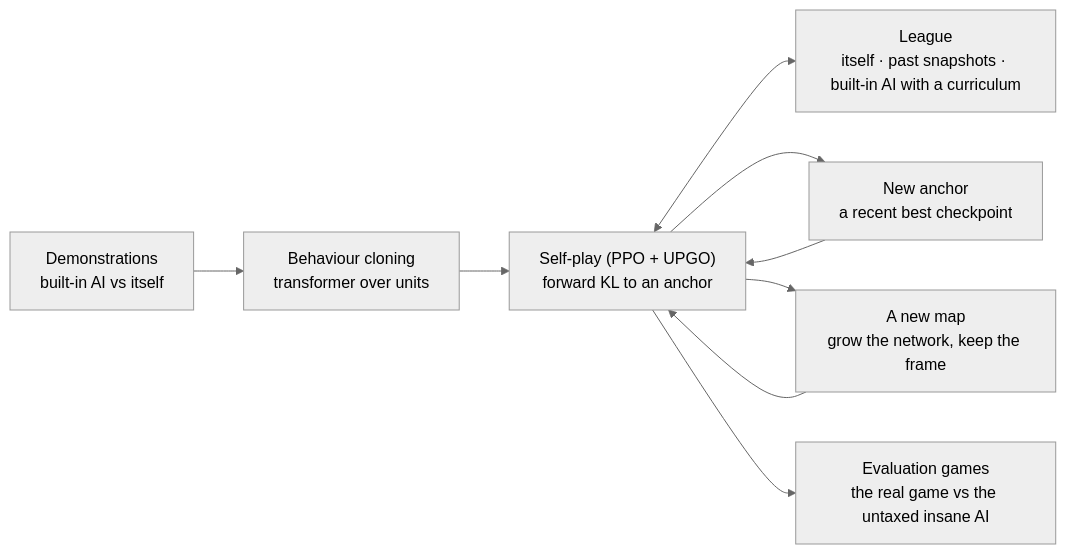
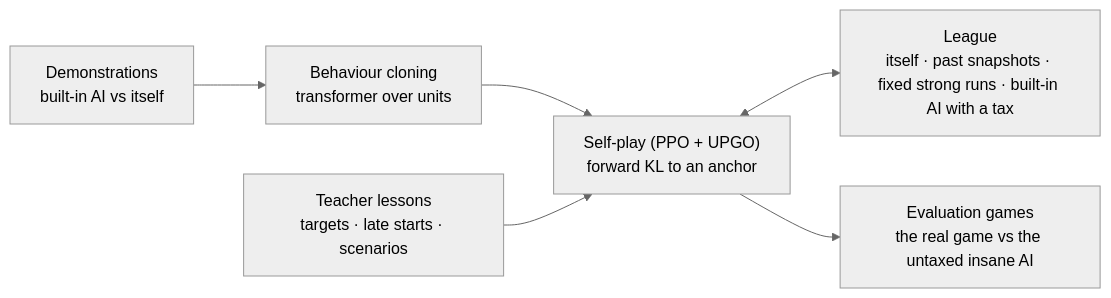
The diagram in docs/overview.md (RobinKa/warcraftsim), drawn with Mermaid (neutral theme) before and after one commit. The commit also changed other lines of this file and 7 other files, not shown here.

````diff
--- a/docs/overview.md
+++ b/docs/overview.md
@@ -28,11 +35,8 @@
 ```mermaid
 flowchart LR
   D["Demonstrations<br/>built-in AI vs itself"] --> BC["Behaviour cloning<br/>transformer over units"]
   BC --> SP["Self-play (PPO + UPGO)<br/>forward KL to an anchor"]
-  SP <--> L["League<br/>itself · past snapshots · built-in AI with a curriculum"]
-  SP --> A["New anchor<br/>a recent best checkpoint"]
-  A --> SP
-  SP --> M["A new map<br/>grow the network, keep the frame"]
-  M --> SP
+  SP <--> L["League<br/>itself · past snapshots · fixed strong runs · built-in AI with a tax"]
+  T["Teacher lessons<br/>targets · late starts · scenarios"] --> SP
   SP --> E["Evaluation games<br/>the real game vs the untaxed insane AI"]
 ```
````
